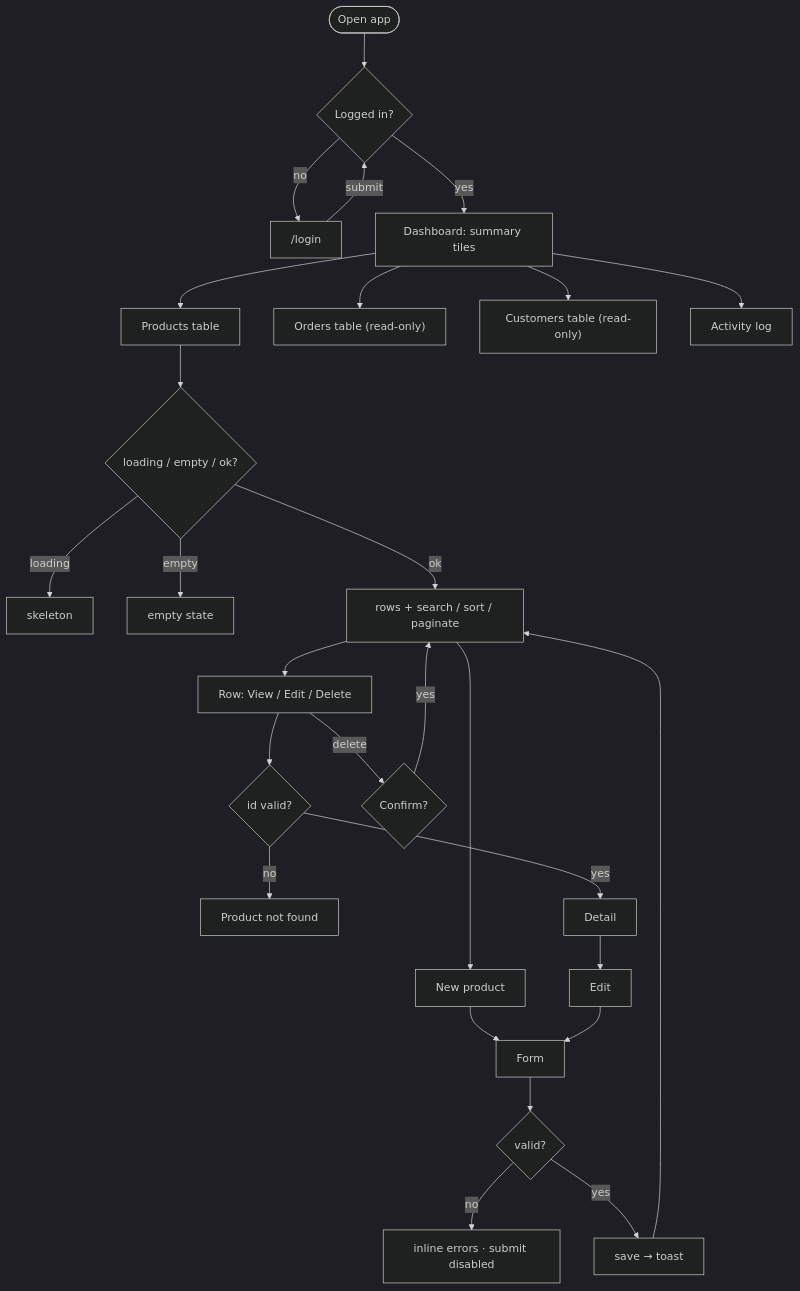
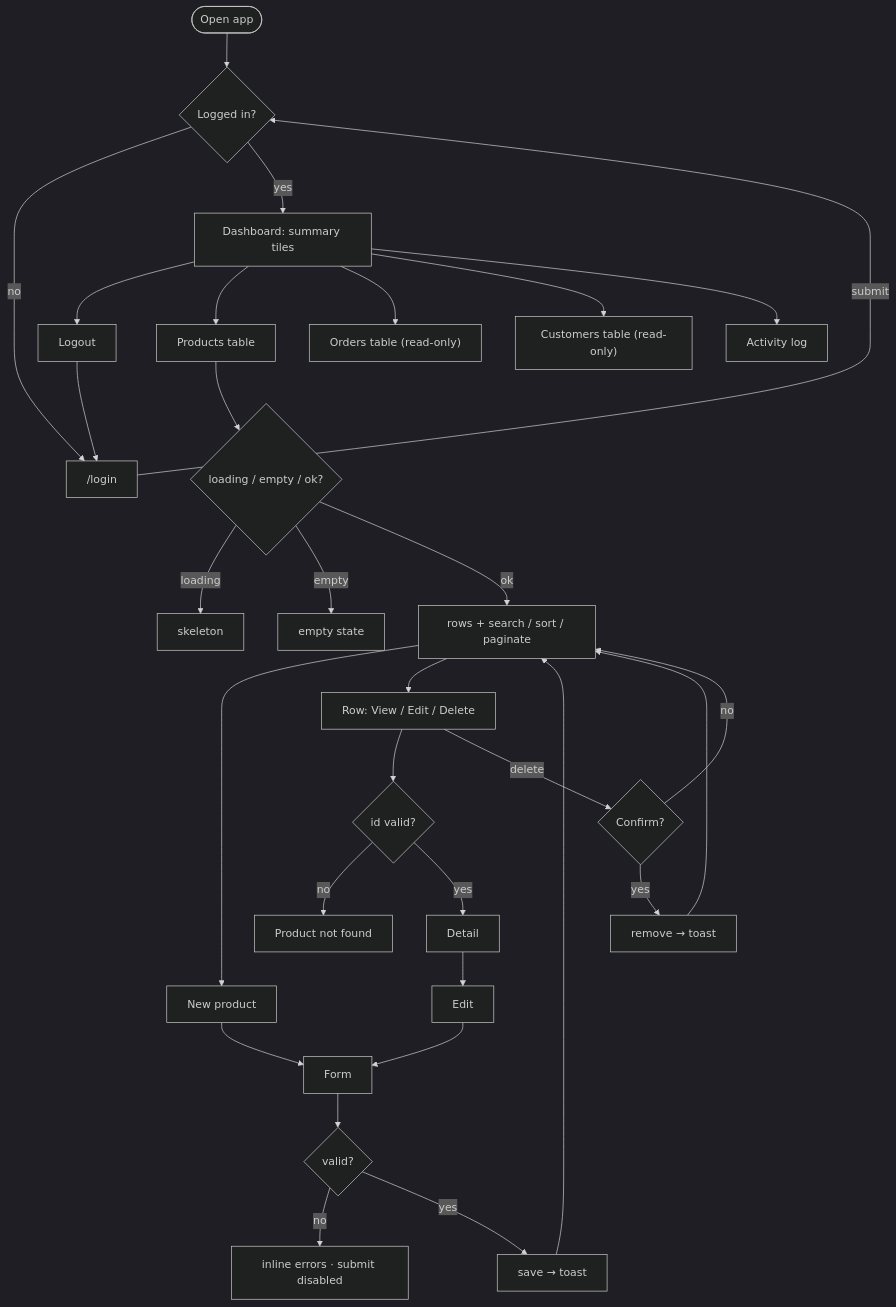
Before and after one commit to trungnd-voyager/training: the diagram in projects/admin/junior/flow.md, drawn with Mermaid (dark theme). The commit also changed 34 other files, not shown here.

Commit message:
feat: Add evaluation and flow documentation for E-commerce and Kanban projects

````diff
--- a/projects/admin/junior/flow.md
+++ b/projects/admin/junior/flow.md
@@ -5,24 +5,27 @@
 ```mermaid
 flowchart TD
   Start(["Open app"]) --> G{"Logged in?"}
   G -- no --> Login["/login"]
   Login -- submit --> G
   G -- yes --> Dash["Dashboard: summary tiles"]
+  Dash --> Out["Logout"] --> Login
   Dash --> P["Products table"]
   Dash --> O["Orders table (read-only)"]
   Dash --> C["Customers table (read-only)"]
   Dash --> A["Activity log"]
   P --> S{"loading / empty / ok?"}
   S -- loading --> Sk["skeleton"]
   S -- empty --> Em["empty state"]
   S -- ok --> L["rows + search / sort / paginate"]
   L --> New["New product"] --> F["Form"]
   L --> Row["Row: View / Edit / Delete"]
   Row --> D{"id valid?"}
   D -- no --> NF["Product not found"]
   D -- yes --> Det["Detail"] --> Edit["Edit"] --> F
   F --> V{"valid?"}
   V -- no --> Er["inline errors · submit disabled"]
   V -- yes --> Sv["save → toast"] --> L
-  Row -- delete --> Cf{"Confirm?"} -- yes --> L
+  Row -- delete --> Cf{"Confirm?"}
+  Cf -- yes --> Del["remove → toast"] --> L
+  Cf -- no --> L
 ```
````
